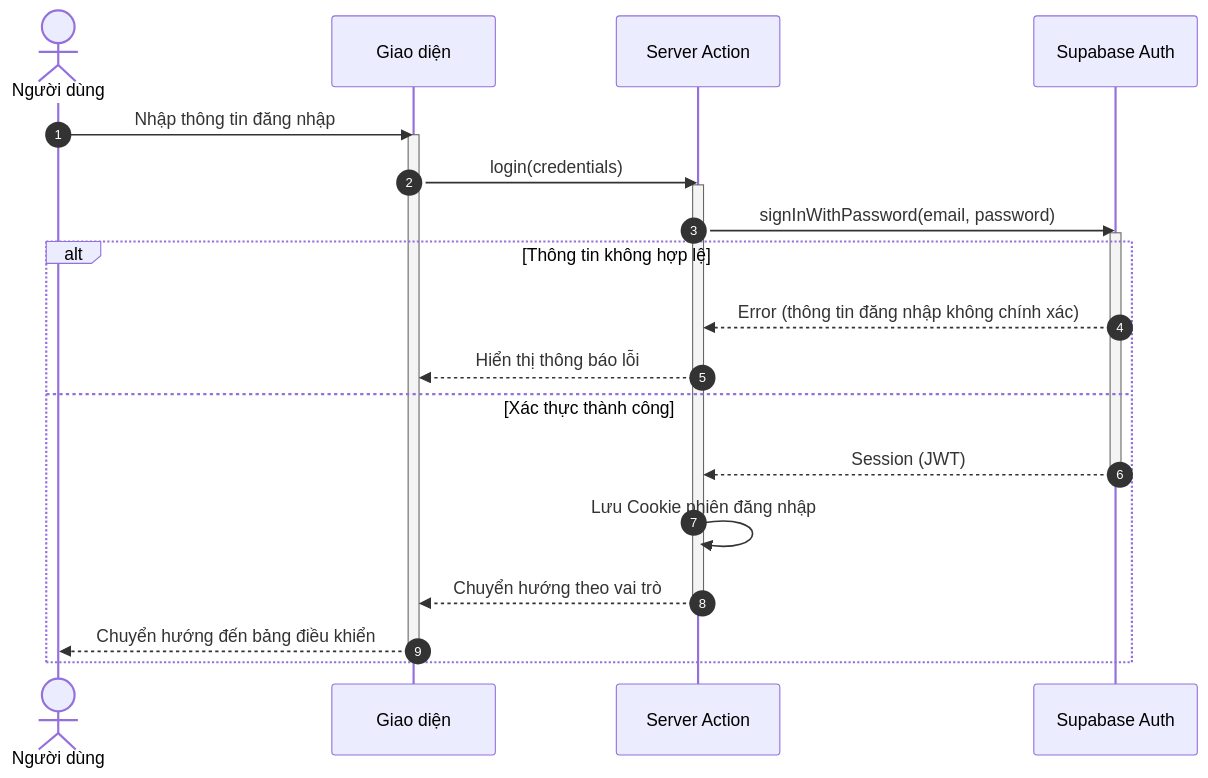
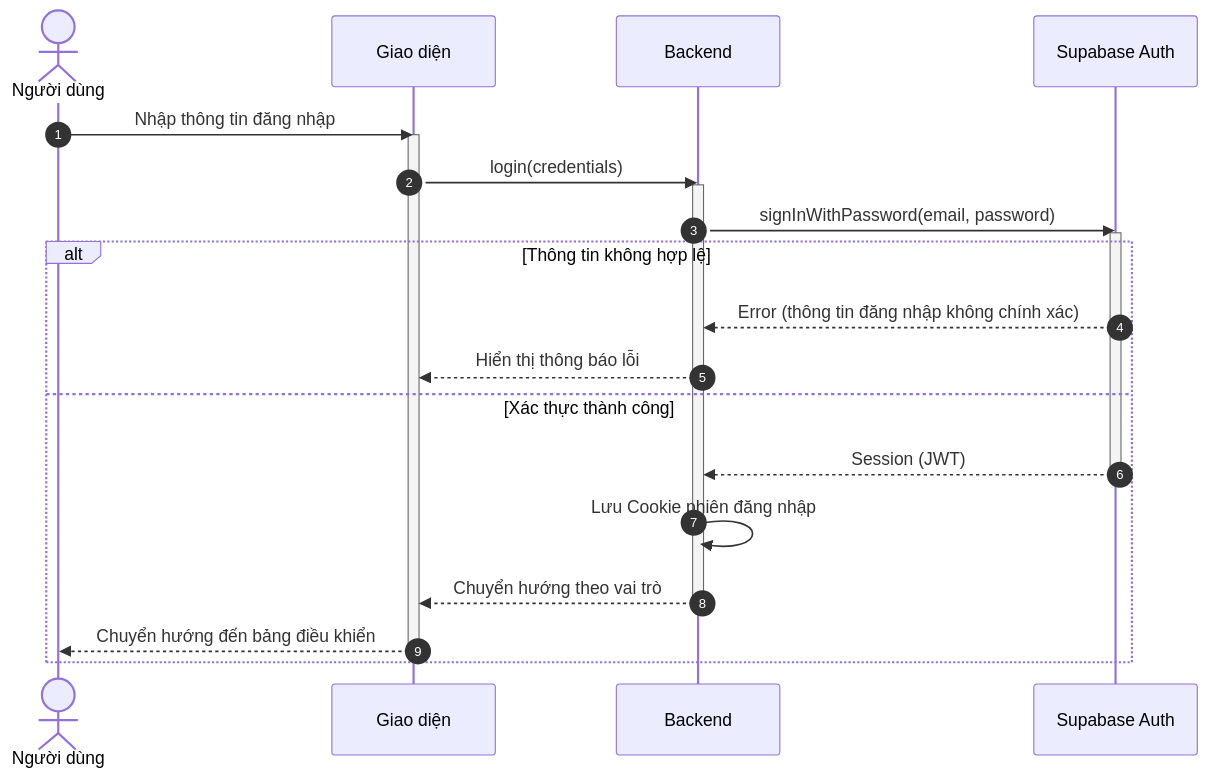
One commit to ngoctinn/Synapse changed the third of 7 diagrams in docs/design/sequences/authentication.md. Above: the diagram before and after it, drawn with Mermaid. The commit also changed other lines of this file and 7 other files, not shown here.

Commit message:
docs: Add initial design documentation for authentication, user flows, and algorithm specification.

````diff
--- a/docs/design/sequences/authentication.md
+++ b/docs/design/sequences/authentication.md
@@ -96,31 +86,31 @@
 ```mermaid
 sequenceDiagram
     autonumber
     actor ND as Người dùng
     participant UI as Giao diện
-    participant BFF as Server Action
+    participant BE as Backend
     participant SUPA as Supabase Auth
 
     ND->>UI: Nhập thông tin đăng nhập
     activate UI
-    UI->>BFF: login(credentials)
-    activate BFF
+    UI->>BE: login(credentials)
+    activate BE
 
-    BFF->>SUPA: signInWithPassword(email, password)
+    BE->>SUPA: signInWithPassword(email, password)
     activate SUPA
 
     alt Thông tin không hợp lệ
-        SUPA-->>BFF: Error (thông tin đăng nhập không chính xác)
-        BFF-->>UI: Hiển thị thông báo lỗi
+        SUPA-->>BE: Error (thông tin đăng nhập không chính xác)
+        BE-->>UI: Hiển thị thông báo lỗi
     else Xác thực thành công
-        SUPA-->>BFF: Session (JWT)
+        SUPA-->>BE: Session (JWT)
         deactivate SUPA
 
-        BFF->>BFF: Lưu Cookie phiên đăng nhập
-        BFF-->>UI: Chuyển hướng theo vai trò
-        deactivate BFF
+        BE->>BE: Lưu Cookie phiên đăng nhập
+        BE-->>UI: Chuyển hướng theo vai trò
+        deactivate BE
 
         UI-->>ND: Chuyển hướng đến bảng điều khiển
         deactivate UI
     end
 ```
````
